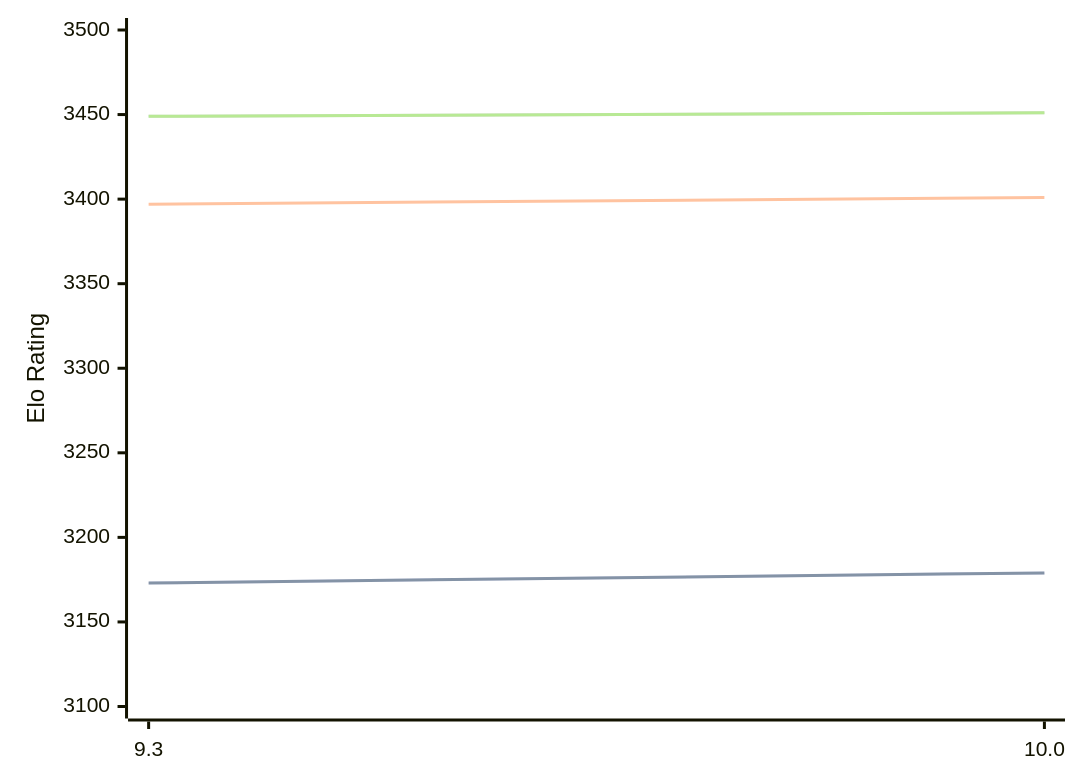
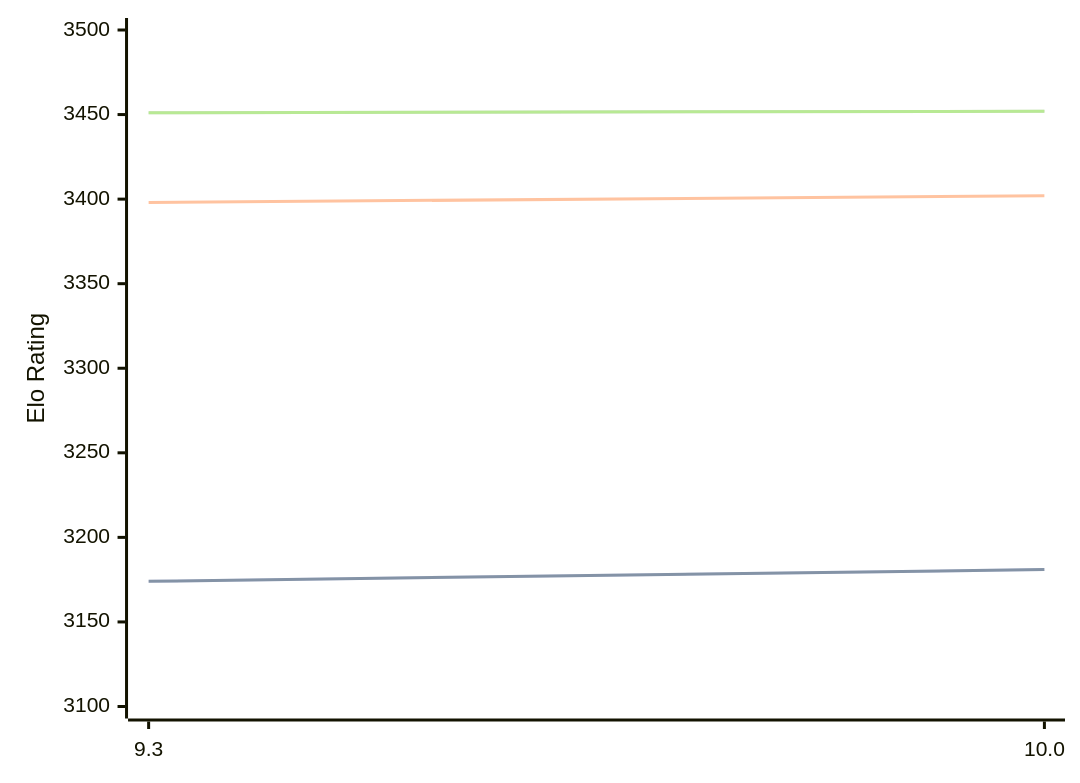
The diagram in engines/Fire.md (computer-chess-index/cci), drawn with Mermaid before and after one commit. The commit also changed other lines of this file, not shown here.

Commit message:
Update CCI Ratings (ELO VLTC) - 2026-04-05

````diff
--- a/engines/Fire.md
+++ b/engines/Fire.md
@@ -47,11 +47,11 @@
 ```mermaid
 %%{init: {"theme":"base","themeVariables":{"seriesColors:['#a3a3a3','#222221','#faa371']}}}%%
 xychart-beta
   x-axis ["9.3", "10.0"]
   y-axis "Elo Rating" 3100 --> 3500
-  line "STC (8.0+0.08s)" [3173, 3179]
-  line "STC (8.0+0.08s)" [3173, 3179]
-  line "LTC (60.0+0.60s)" [3397, 3401]
-  line "VLTC (2m24s+1.12s)" [3449, 3451]
-  line "VLTC (2m24s+1.12s)" [3449, 3451]
+  line "STC (8.0+0.08s)" [3174, 3181]
+  line "STC (8.0+0.08s)" [3174, 3181]
+  line "LTC (60.0+0.60s)" [3398, 3402]
+  line "VLTC (2m24s+1.12s)" [3451, 3452]
+  line "VLTC (2m24s+1.12s)" [3451, 3452]
 ```
````
